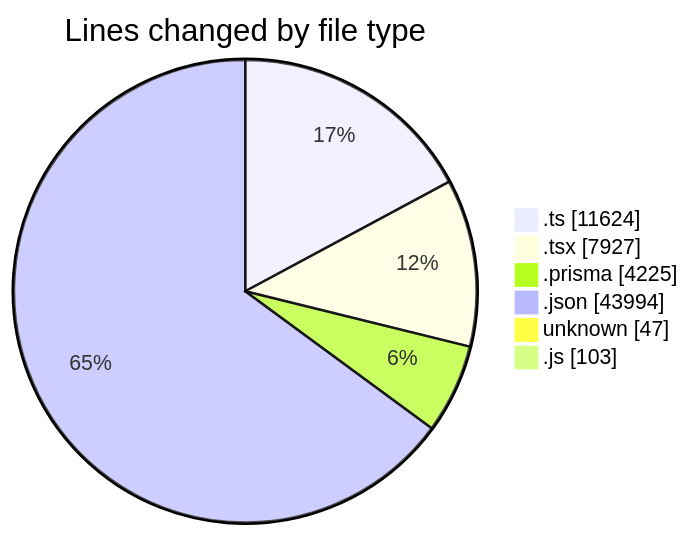
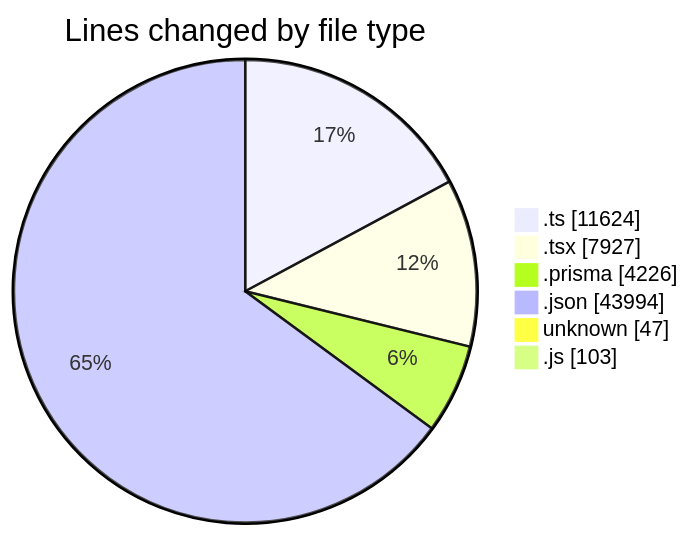
The first of 2 diagrams in 2025-05-19/ecodeli-1/README.md (CELIANVF/code-tracking), drawn with Mermaid before and after one commit. The commit also changed other lines of this file and 1 other file, not shown here.

````diff
--- a/2025-05-19/ecodeli-1/README.md
+++ b/2025-05-19/ecodeli-1/README.md
@@ -79,10 +79,10 @@
 ```mermaid
 pie showData
 title Lines changed by file type
 ".ts" : 11624
 ".tsx" : 7927
-".prisma" : 4225
+".prisma" : 4226
 ".json" : 43994
 "unknown" : 47
 ".js" : 103
 ```
````
